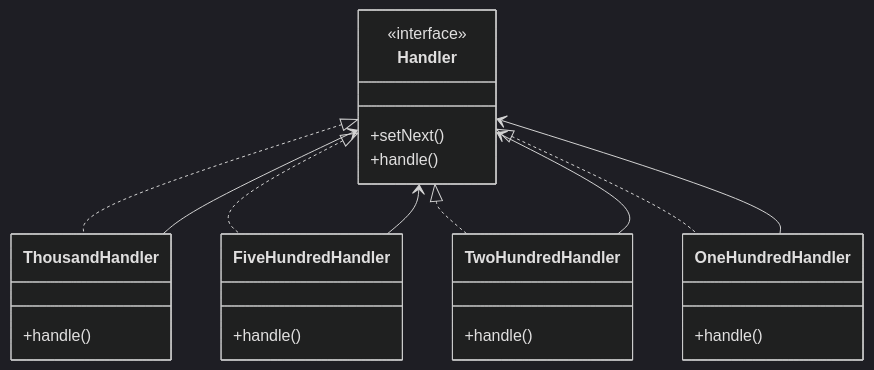
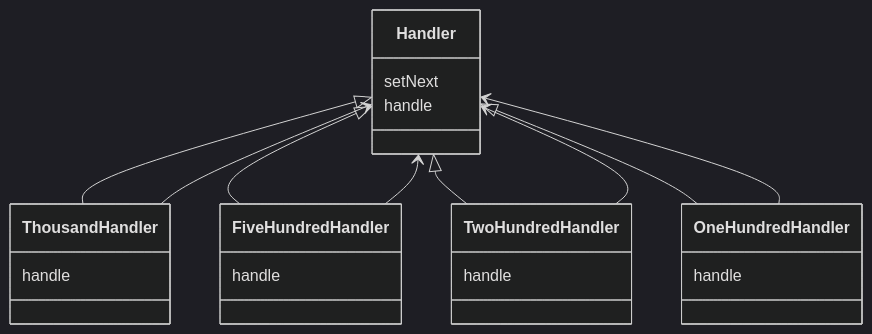
One commit to gojosatoru123-ux/CacheU changed the second of 9 diagrams in src/content/lld-chain-of-responsibility-design-pattern.md. Above: the diagram before and after it, drawn with Mermaid (dark theme). The commit also changed 21 other files, not shown here.

````diff
--- a/src/content/lld-chain-of-responsibility-design-pattern.md
+++ b/src/content/lld-chain-of-responsibility-design-pattern.md
@@ -97,33 +97,33 @@
 ```mermaid
 classDiagram
-    class Handler {
-        <<interface>>
-        +setNext()
-        +handle()
-    }
+class Handler {
+    setNext
+    handle
+}
 
-    class ThousandHandler {
-        +handle()
-    }
+class ThousandHandler {
+    handle
+}
 
-    class FiveHundredHandler {
-        +handle()
-    }
+class FiveHundredHandler {
+    handle
+}
 
-    class TwoHundredHandler {
-        +handle()
-    }
+class TwoHundredHandler {
+    handle
+}
 
-    class OneHundredHandler {
-        +handle()
-    }
+class OneHundredHandler {
+    handle
+}
 
-    Handler <|.. ThousandHandler
-    Handler <|.. FiveHundredHandler
-    Handler <|.. TwoHundredHandler
-    Handler <|.. OneHundredHandler
-    ThousandHandler --> Handler
-    FiveHundredHandler --> Handler
-    TwoHundredHandler --> Handler
-    OneHundredHandler --> Handler
+Handler <|-- ThousandHandler
+Handler <|-- FiveHundredHandler
+Handler <|-- TwoHundredHandler
+Handler <|-- OneHundredHandler
+
+ThousandHandler --> Handler
+FiveHundredHandler --> Handler
+TwoHundredHandler --> Handler
+OneHundredHandler --> Handler
 ```
````
